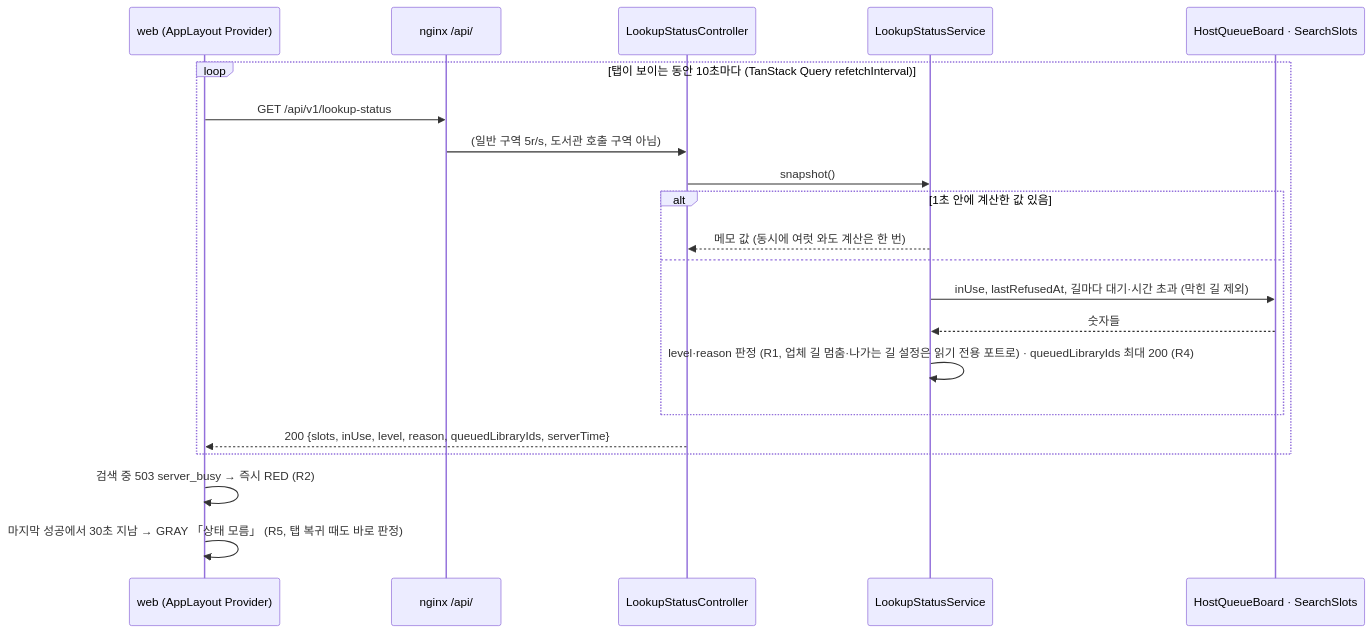
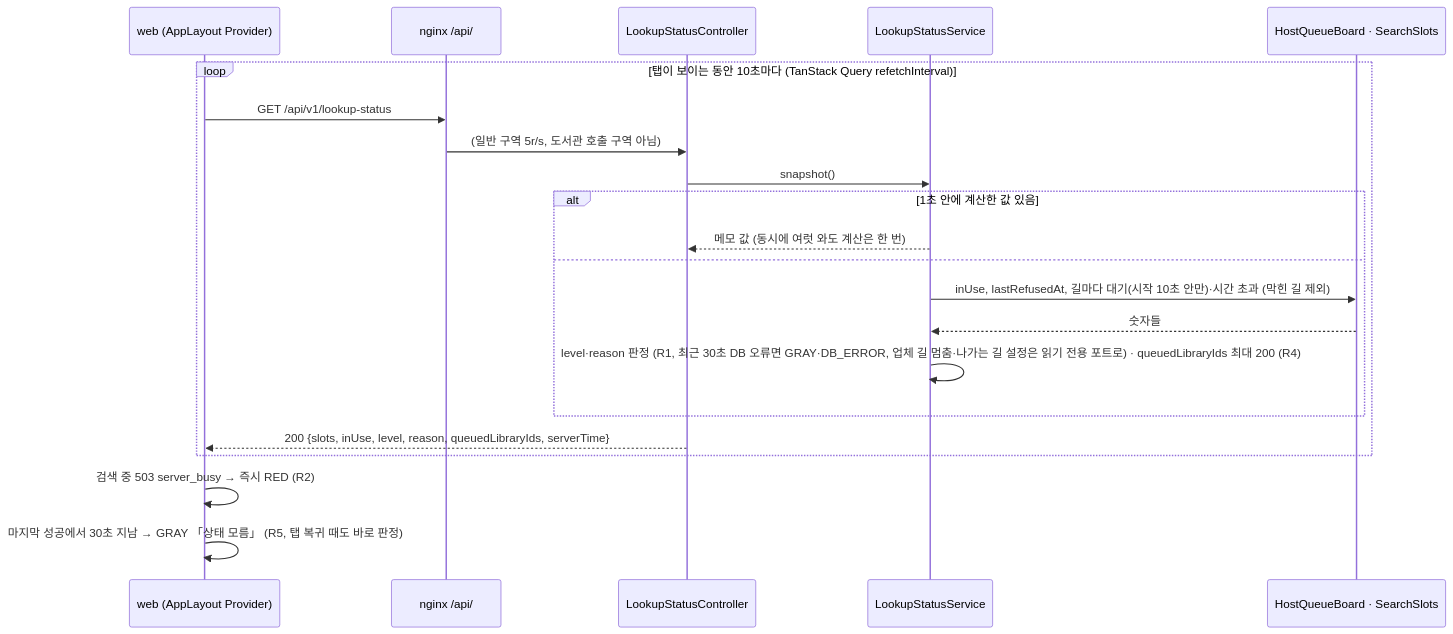
One commit to hodu-sketch/chaekcheck-plan changed the second of 6 diagrams in docs/cycles/20-lookup-status-and-extension/design-delta.md. Above: the diagram before and after it, drawn with Mermaid. The commit also changed other lines of this file and 7 other files, not shown here.

````diff
--- a/docs/cycles/20-lookup-status-and-extension/design-delta.md
+++ b/docs/cycles/20-lookup-status-and-extension/design-delta.md
@@ -41,23 +73,23 @@
 ```mermaid
 sequenceDiagram
   participant W as web (AppLayout Provider)
   participant N as nginx /api/
   participant C as LookupStatusController
   participant S as LookupStatusService
   participant B as HostQueueBoard · SearchSlots
   loop 탭이 보이는 동안 10초마다 (TanStack Query refetchInterval)
     W->>N: GET /api/v1/lookup-status
     N->>C: (일반 구역 5r/s, 도서관 호출 구역 아님)
     C->>S: snapshot()
     alt 1초 안에 계산한 값 있음
       S-->>C: 메모 값 (동시에 여럿 와도 계산은 한 번)
     else
-      S->>B: inUse, lastRefusedAt, 길마다 대기·시간 초과 (막힌 길 제외)
+      S->>B: inUse, lastRefusedAt, 길마다 대기(시작 10초 안만)·시간 초과 (막힌 길 제외)
       B-->>S: 숫자들
-      S->>S: level·reason 판정 (R1, 업체 길 멈춤·나가는 길 설정은 읽기 전용 포트로) · queuedLibraryIds 최대 200 (R4)
+      S->>S: level·reason 판정 (R1, 최근 30초 DB 오류면 GRAY·DB_ERROR, 업체 길 멈춤·나가는 길 설정은 읽기 전용 포트로) · queuedLibraryIds 최대 200 (R4)
     end
     C-->>W: 200 {slots, inUse, level, reason, queuedLibraryIds, serverTime}
   end
   W->>W: 검색 중 503 server_busy → 즉시 RED (R2)
   W->>W: 마지막 성공에서 30초 지남 → GRAY 「상태 모름」 (R5, 탭 복귀 때도 바로 판정)
 ```
````
